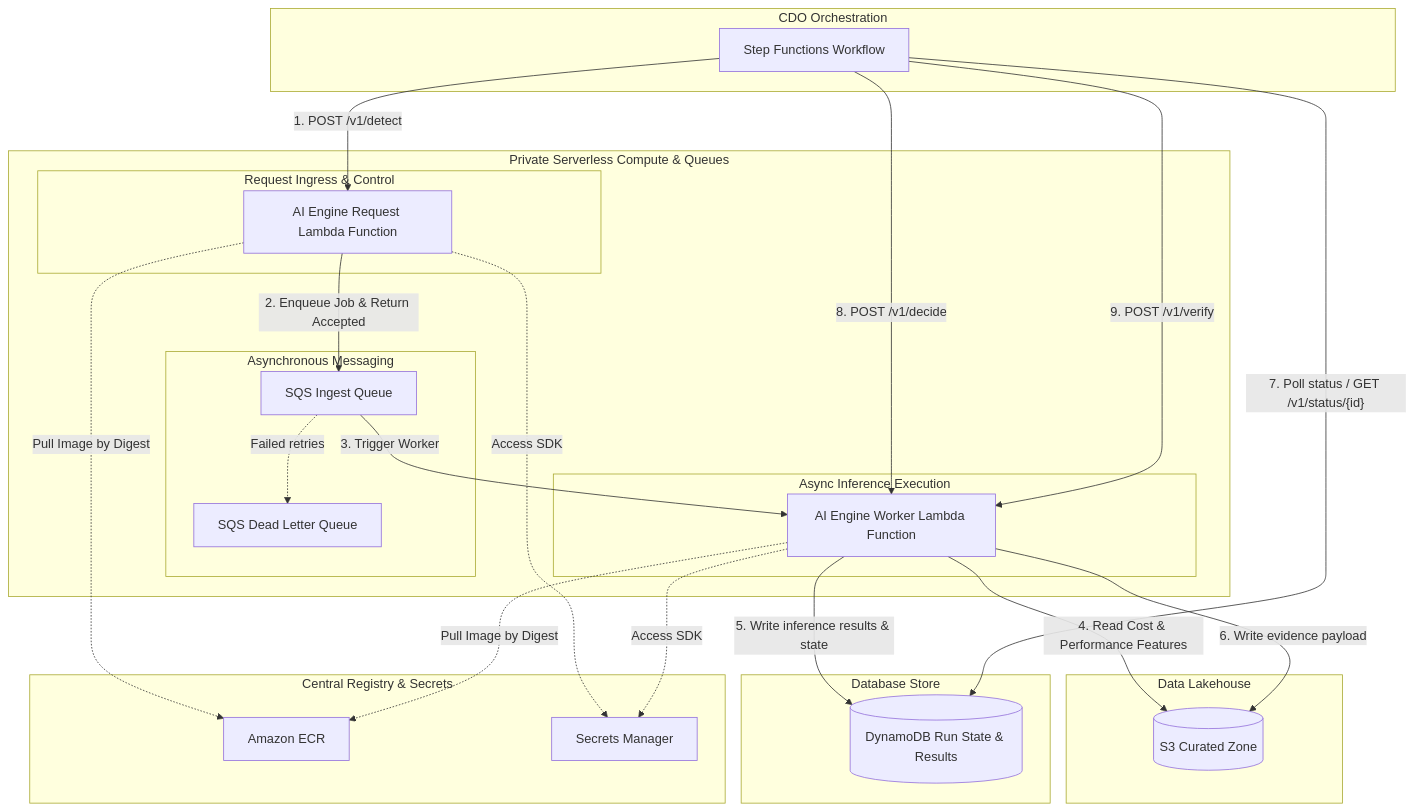
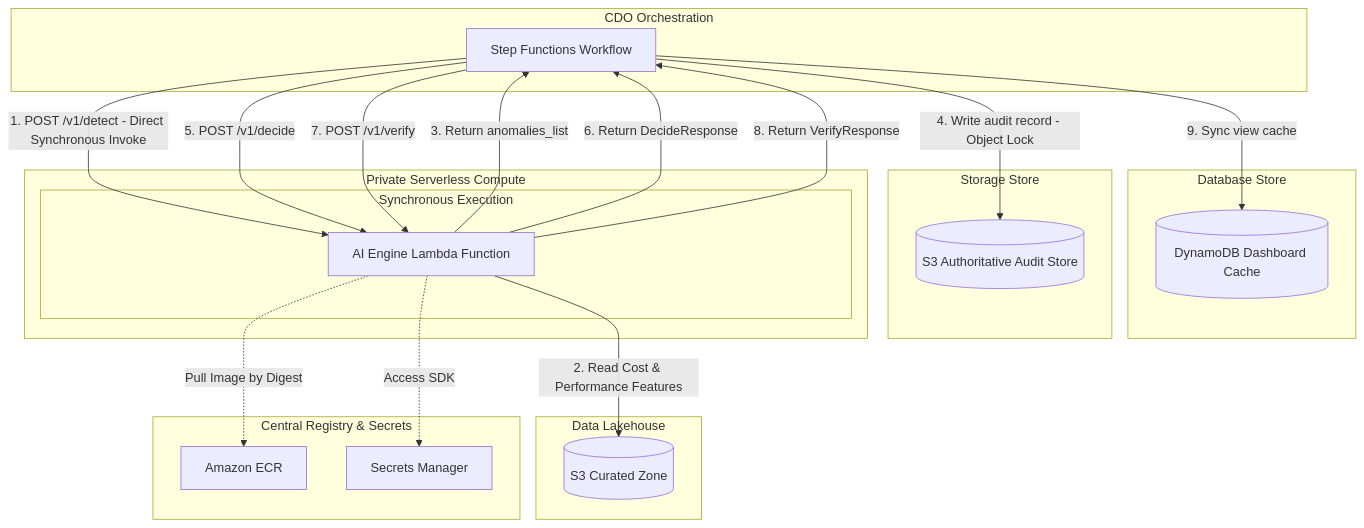
Before and after one commit to hungxqt/tf2-finops-docs: the fourth of 6 diagrams in docs/tf2-finops/02_infra_design_vi.md, drawn with Mermaid. The commit also changed other lines of this file and 21 other files, not shown here.

````diff
--- a/docs/tf2-finops/02_infra_design_vi.md
+++ b/docs/tf2-finops/02_infra_design_vi.md
@@ -183,51 +167,43 @@
 ```mermaid
 graph TB
     subgraph "CDO Orchestration"
         SF[Step Functions Workflow]
     end
 
     subgraph "Data Lakehouse"
         CuratedS3[(S3 Curated Zone)]
     end
 
     subgraph "Database Store"
-        DDB[(DynamoDB Run State & Results)]
+        DDB[(DynamoDB Dashboard Cache)]
     end
 
-    subgraph "Private Serverless Compute & Queues"
-        subgraph "Request Ingress & Control"
-            Request[AI Engine Request Lambda Function]
-        end
+    subgraph "Storage Store"
+        S3Audit[(S3 Authoritative Audit Store)]
+    end
 
-        subgraph "Asynchronous Messaging"
-            SQS[SQS Ingest Queue]
-            DLQ[SQS Dead Letter Queue]
-        end
-
-        subgraph "Async Inference Execution"
-            Worker[AI Engine Worker Lambda Function]
+    subgraph "Private Serverless Compute"
+        subgraph "Synchronous Execution"
+            AILambda[AI Engine Lambda Function]
         end
     end
     
     subgraph "Central Registry & Secrets"
         ECR[Amazon ECR]
         SM[Secrets Manager]
     end
 
     %% Flow
-    SF -->|1. POST /v1/detect| Request
-    Request -->|2. Enqueue Job & Return Accepted| SQS
-    SQS -->|3. Trigger Worker| Worker
-    SQS -.->|Failed retries| DLQ
-    Worker -->|4. Read Cost & Performance Features| CuratedS3
-    Worker -->|5. Write inference results & state| DDB
-    Worker -->|6. Write evidence payload| CuratedS3
-    SF -->|"7. Poll status / GET /v1/status/{id}"| DDB
-    SF -->|8. POST /v1/decide| Worker
-    SF -->|9. POST /v1/verify| Worker
+    SF -->|1. POST /v1/detect - Direct Synchronous Invoke| AILambda
+    AILambda -->|2. Read Cost & Performance Features| CuratedS3
+    AILambda -->|3. Return anomalies_list| SF
+    SF -->|4. Write audit record - Object Lock| S3Audit
+    SF -->|5. POST /v1/decide| AILambda
+    AILambda -->|6. Return DecideResponse| SF
+    SF -->|7. POST /v1/verify| AILambda
+    AILambda -->|8. Return VerifyResponse| SF
+    SF -->|9. Sync view cache| DDB
     
-    Request -.->|Pull Image by Digest| ECR
-    Worker -.->|Pull Image by Digest| ECR
-    Request -.->|Access SDK| SM
-    Worker -.->|Access SDK| SM
+    AILambda -.->|Pull Image by Digest| ECR
+    AILambda -.->|Access SDK| SM
 ```
````
